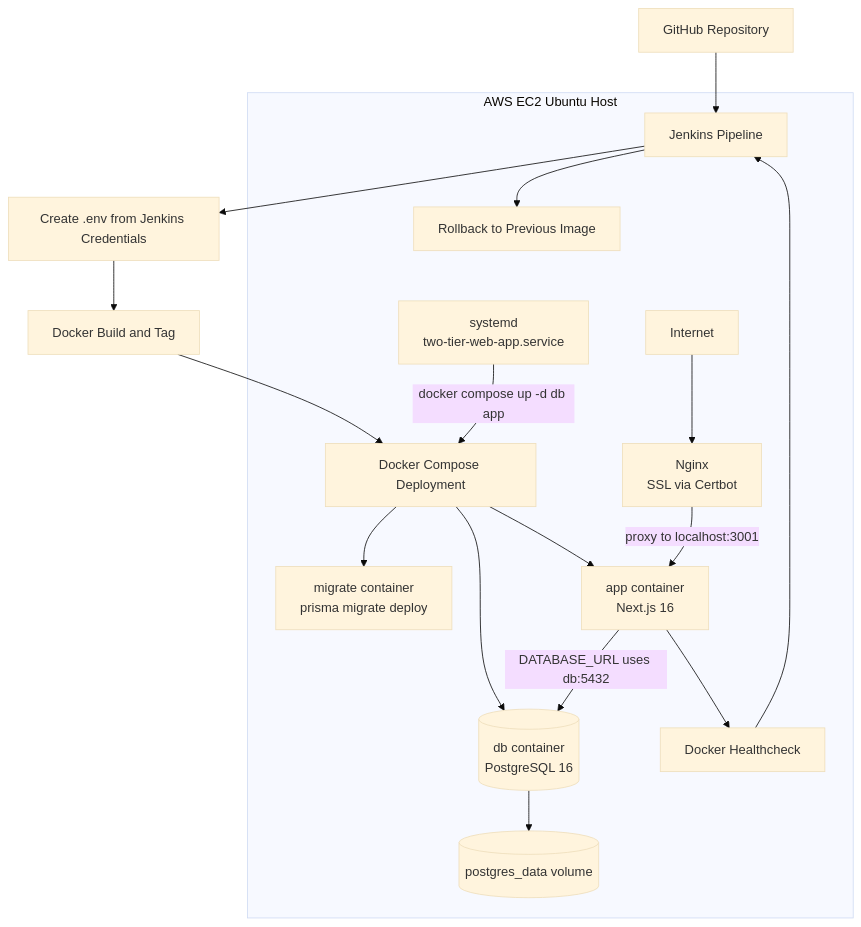
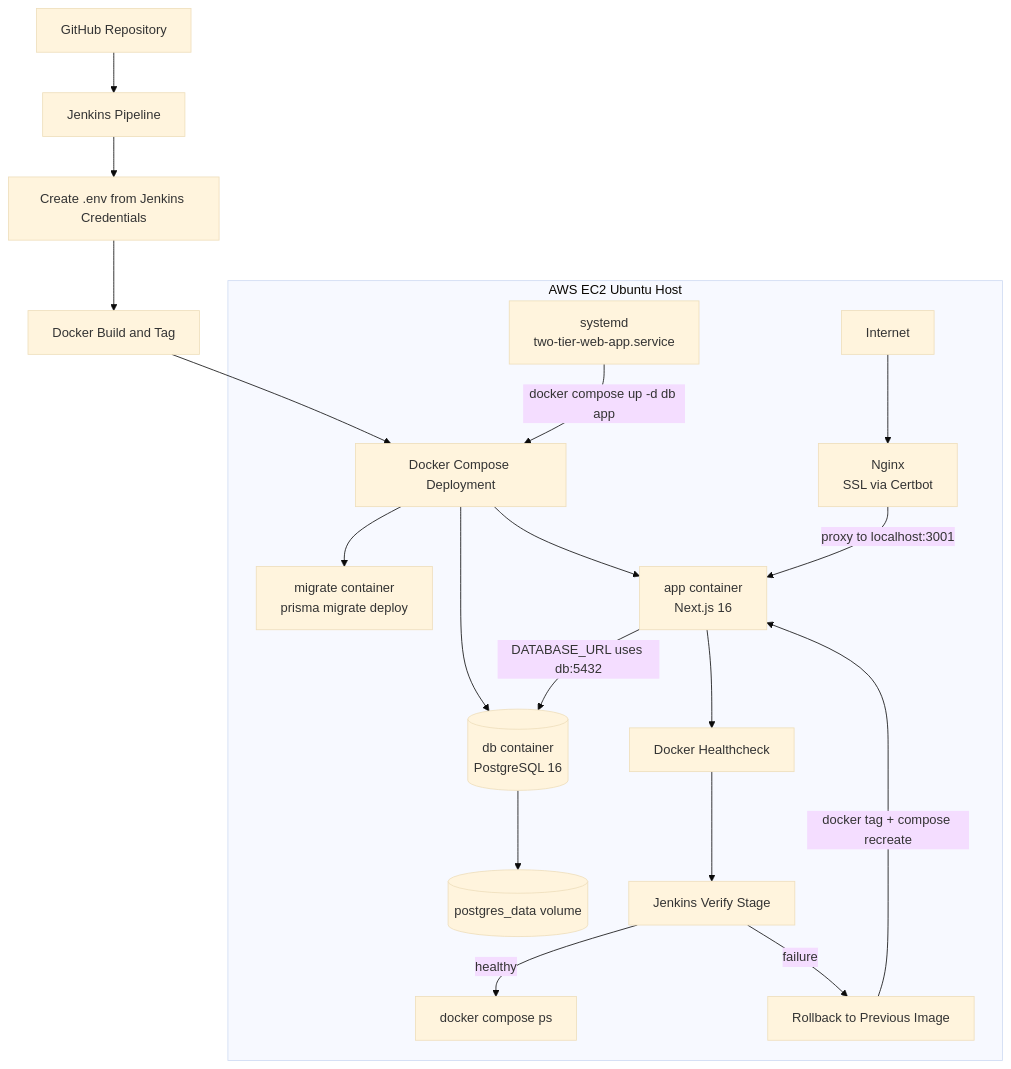
The diagram in README.md (RahulKoju/two-tier-web-app), drawn with Mermaid (base theme) before and after one commit. The commit also changed other lines of this file, not shown here.

````diff
--- a/README.md
+++ b/README.md
@@ -427,23 +398,25 @@
 ```mermaid
 flowchart TD
     GH[GitHub Repository] --> J[Jenkins Pipeline]
     J --> ENV[Create .env from Jenkins Credentials]
     ENV --> BUILD[Docker Build and Tag]
     BUILD --> DC[Docker Compose Deployment]
 
     subgraph EC2[AWS EC2 Ubuntu Host]
         DC --> DB[(db container<br/>PostgreSQL 16)]
         DC --> MG[migrate container<br/>prisma migrate deploy]
         DC --> APP[app container<br/>Next.js 16]
         DB --> VOL[(postgres_data volume)]
 
         INTERNET[Internet] --> NGINX[Nginx<br/>SSL via Certbot]
         NGINX -->|proxy to localhost:3001| APP
         APP -->|DATABASE_URL uses db:5432| DB
         APP --> HC[Docker Healthcheck]
-        HC --> J
+        HC --> VERIFY[Jenkins Verify Stage]
+        VERIFY -->|healthy| PS[docker compose ps]
+        VERIFY -->|failure| RB[Rollback to Previous Image]
+        RB -->|docker tag + compose recreate| APP
 
         SD[systemd<br/>two-tier-web-app.service] -->|docker compose up -d db app| DC
-        J --> RB[Rollback to Previous Image]
     end
 ```
````
